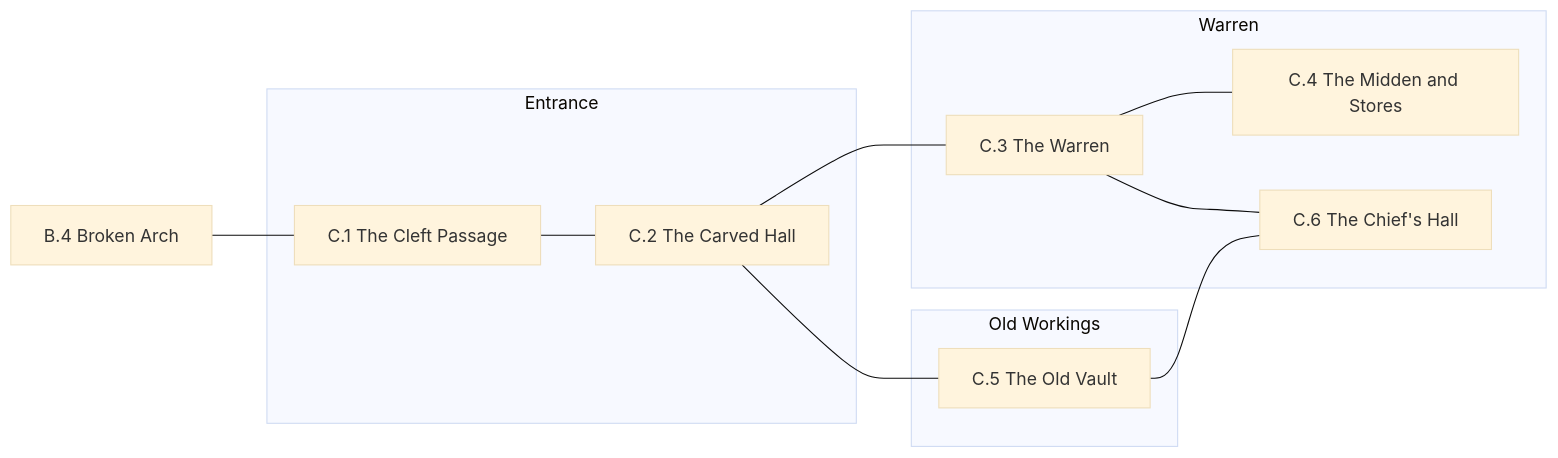
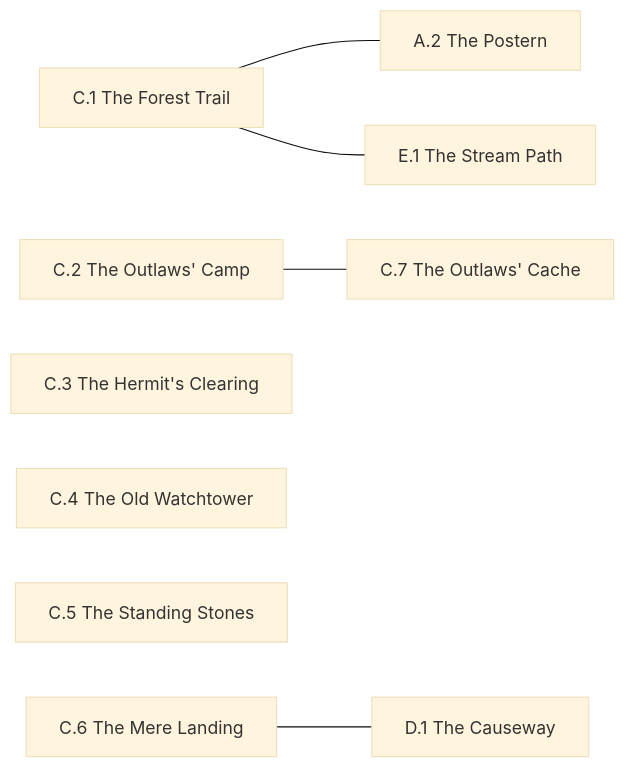
The diagram in setting/region/C/Connections.mmd (rstevenson1237/setting_builder), drawn with Mermaid (base theme) before and after one commit. The commit also changed 188 other files, not shown here.

```diff
--- a/setting/region/C/Connections.mmd
+++ b/setting/region/C/Connections.mmd
@@ -1,21 +1,15 @@
 graph LR
-  B4["B.4 Broken Arch"]
-  subgraph Entrance
-    C1["C.1 The Cleft Passage"]
-    C2["C.2 The Carved Hall"]
-  end
-  subgraph Warren
-    C3["C.3 The Warren"]
-    C4["C.4 The Midden and Stores"]
-    C6["C.6 The Chief's Hall"]
-  end
-  subgraph Old Workings
-    C5["C.5 The Old Vault"]
-  end
-  B4 --- C1
-  C1 --- C2
-  C2 --- C3
-  C2 --- C5
-  C3 --- C4
-  C3 --- C6
-  C5 --- C6
+  C1["C.1 The Forest Trail"]
+  C2["C.2 The Outlaws' Camp"]
+  C3["C.3 The Hermit's Clearing"]
+  C4["C.4 The Old Watchtower"]
+  C5["C.5 The Standing Stones"]
+  C6["C.6 The Mere Landing"]
+  C7["C.7 The Outlaws' Cache"]
+  A2["A.2 The Postern"]
+  E1["E.1 The Stream Path"]
+  D1["D.1 The Causeway"]
+  C1 --- A2
+  C1 --- E1
+  C6 --- D1
+  C2 --- C7
```
